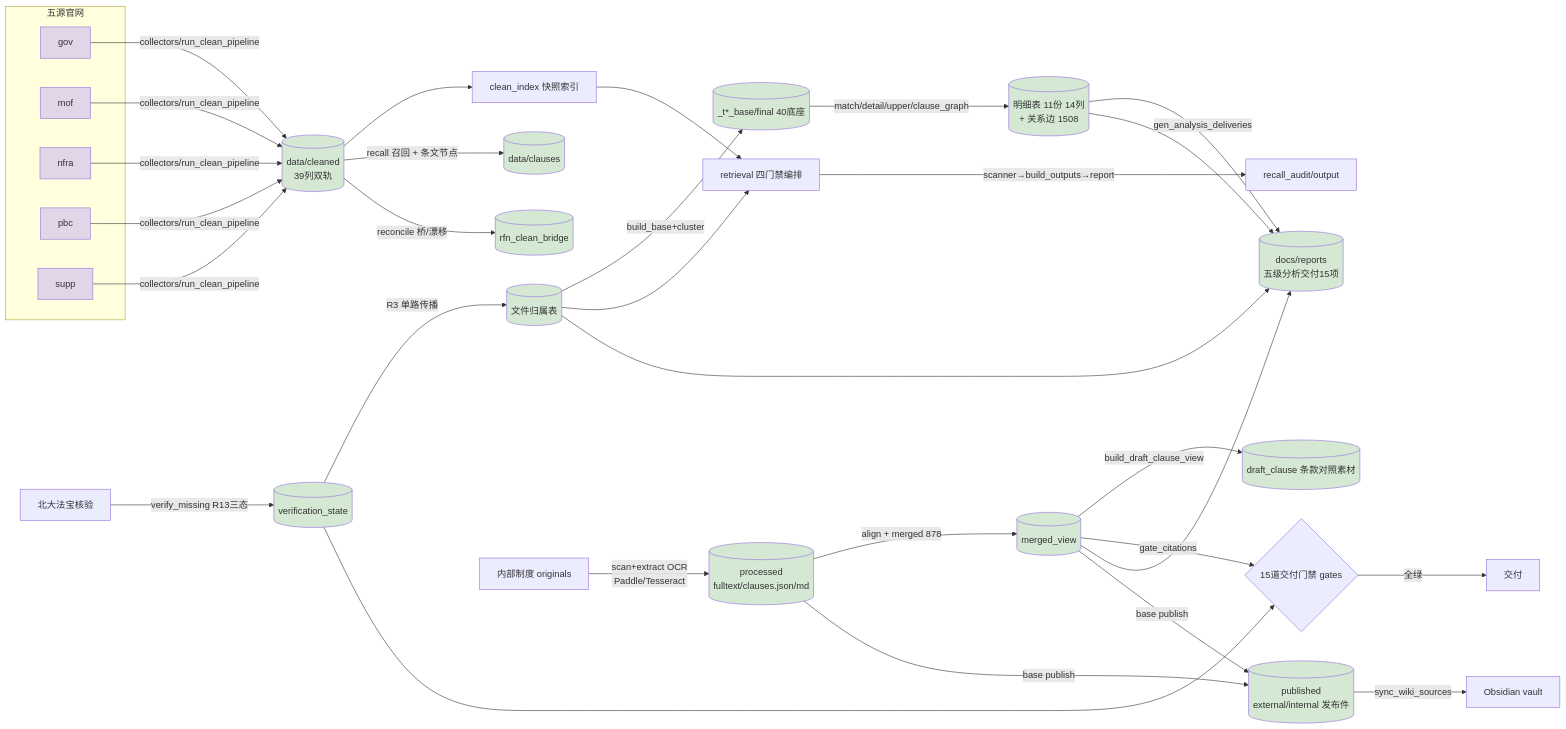
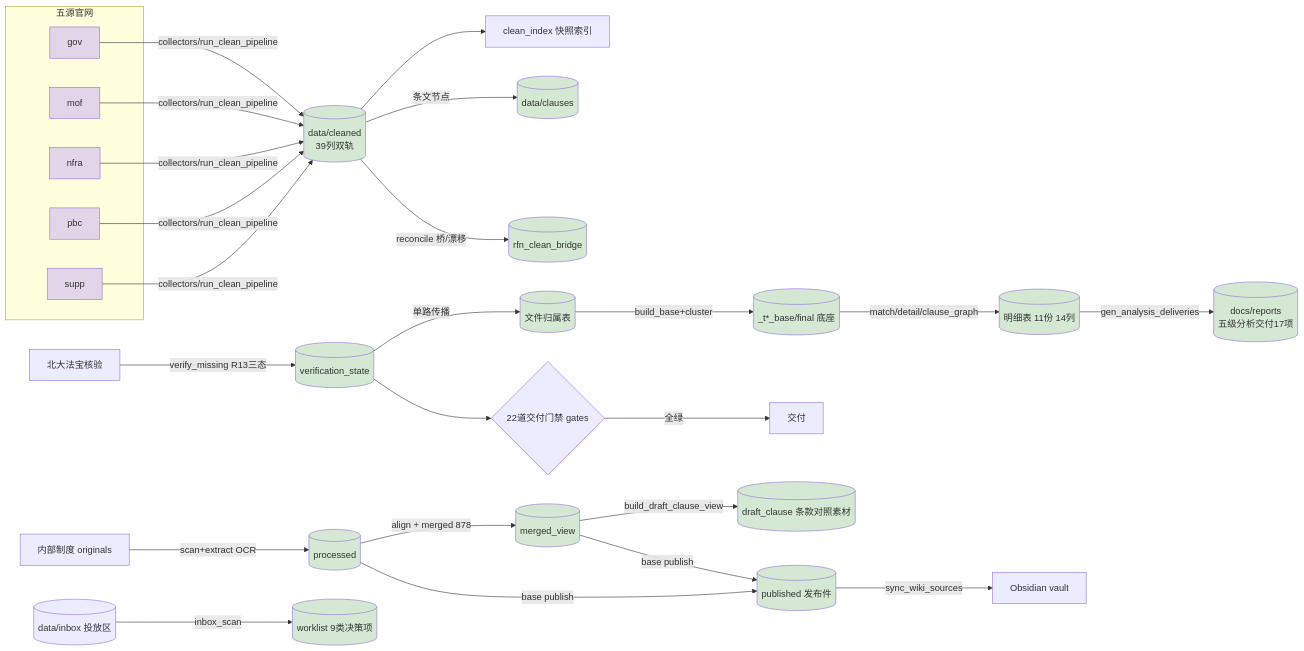
The second of 2 diagrams in README.md (wangtierui/orchestrator), drawn with Mermaid before and after one commit. The commit also changed other lines of this file and 1 other file, not shown here.

````diff
--- a/README.md
+++ b/README.md
@@ -179,30 +199,26 @@
 ```mermaid
 flowchart LR
     subgraph SRC[五源官网]
         G[gov] ; M[mof] ; N[nfra] ; P[pbc] ; S[supp]
     end
     G & M & N & P & S -->|collectors/run_clean_pipeline| C[(data/cleaned<br/>39列双轨)]
     C --> CI[clean_index 快照索引]
-    C -->|recall 召回 + 条文节点| CL[(data/clauses)]
+    C -->|条文节点| CL[(data/clauses)]
     C -->|reconcile 桥/漂移| B[(rfn_clean_bridge)]
-    V[北大法宝核验] -->|verify_missing R13三态| ST[(verification_state)] -->|R3 单路传播| AT[(文件归属表)]
-    AT -->|build_base+cluster| BS[(_t*_base/final 40底座)]
-    BS -->|match/detail/upper/clause_graph| DT[(明细表 11份 14列<br/>+ 关系边 1508)]
-    CI --> R[retrieval 四门禁编排]
-    AT --> R
-    R --->|scanner→build_outputs→report| OUT[recall_audit/output]
-    INT[内部制度 originals] -->|scan+extract OCR<br/>Paddle/Tesseract| PC[(processed<br/>fulltext/clauses.json/md)]
+    V[北大法宝核验] -->|verify_missing R13三态| ST[(verification_state)] -->|单路传播| AT[(文件归属表)]
+    AT -->|build_base+cluster| BS[(_t*_base/final 底座)]
+    BS -->|match/detail/clause_graph| DT[(明细表 11份 14列)]
+    INT[内部制度 originals] -->|scan+extract OCR| PC[(processed)]
     PC -->|align + merged 878| MV[(merged_view)]
     MV -->|build_draft_clause_view| DK[(draft_clause 条款对照素材)]
-    MV -->|gate_citations| G8{15道交付门禁 gates}
-    ST --> G8
-    DT -->|gen_analysis_deliveries| AN[(docs/reports<br/>五级分析交付15项)]
-    AT & DT & MV --> AN
-    PC & MV -->|base publish| PUB[(published<br/>external/internal 发布件)]
+    ST --> G8{22道交付门禁 gates}
+    DT -->|gen_analysis_deliveries| AN[(docs/reports<br/>五级分析交付17项)]
+    PC & MV -->|base publish| PUB[(published 发布件)]
     PUB -->|sync_wiki_sources| KB[Obsidian vault]
+    INBOX[(data/inbox 投放区)] -->|inbox_scan| WL[(worklist 9类决策项)]
     G8 -->|全绿| OK[交付]
     classDef src fill:#e1d5e7
     classDef store fill:#d5e8d4
     class G,M,N,P,S src
-    class C,CL,B,ST,AT,BS,DT,PC,MV,DK,AN,PUB store
+    class C,CL,B,ST,AT,BS,DT,PC,MV,DK,AN,PUB,WL store
 ```
````
